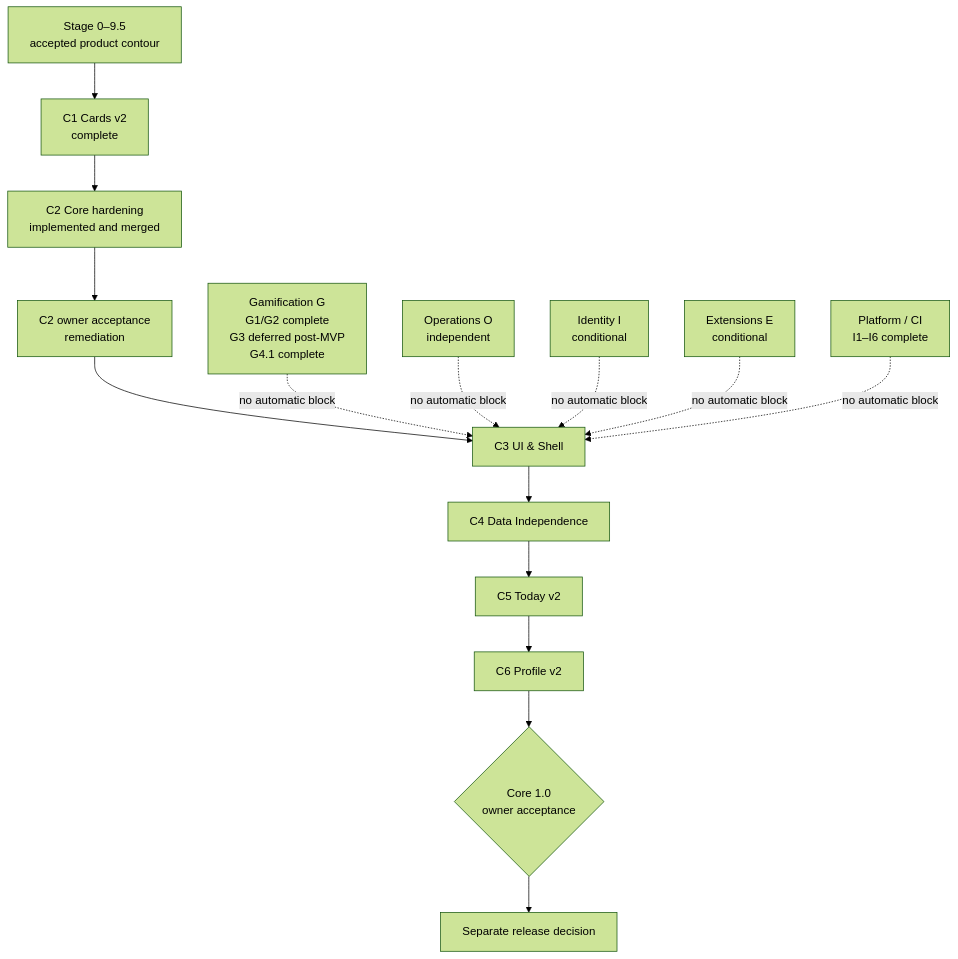
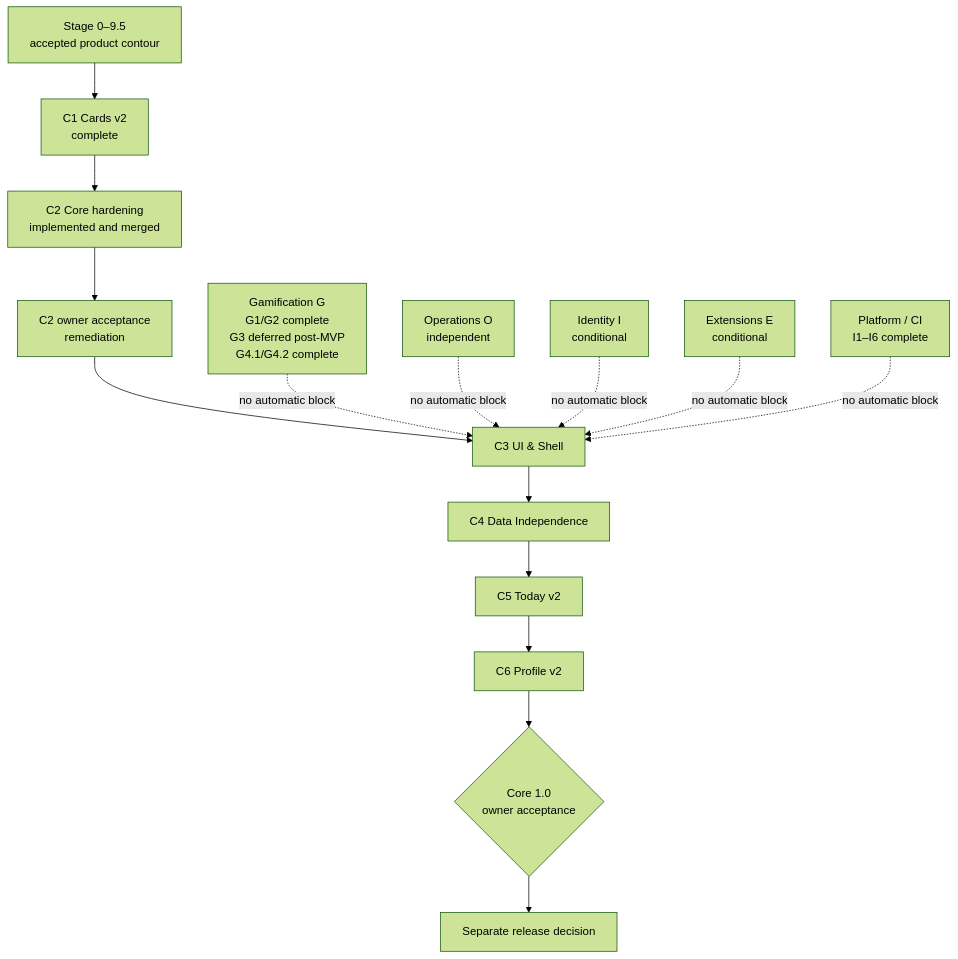
Before and after one commit to AliceLiddell01/anki-study-report: the diagram in roadmap/README.md, drawn with Mermaid (forest theme). The commit also changed other lines of this file, not shown here.

Commit message:
Advance the Gamification roadmap to G4.3 readiness

````diff
--- a/roadmap/README.md
+++ b/roadmap/README.md
@@ -9,24 +9,24 @@
 ```mermaid
 flowchart TB
     S[Stage 0–9.5<br/>accepted product contour] --> C1[C1 Cards v2<br/>complete]
     C1 --> C2[C2 Core hardening<br/>implemented and merged]
     C2 --> A[C2 owner acceptance<br/>remediation]
     A --> C3[C3 UI & Shell]
     C3 --> C4[C4 Data Independence]
     C4 --> C5[C5 Today v2]
     C5 --> C6[C6 Profile v2]
     C6 --> R{Core 1.0<br/>owner acceptance}
     R --> REL[Separate release decision]
 
-    G[Gamification G<br/>G1/G2 complete<br/>G3 deferred post-MVP<br/>G4.1 complete]
+    G[Gamification G<br/>G1/G2 complete<br/>G3 deferred post-MVP<br/>G4.1/G4.2 complete]
     O[Operations O<br/>independent]
     I[Identity I<br/>conditional]
     E[Extensions E<br/>conditional]
     P[Platform / CI<br/>I1–I6 complete]
 
     G -. no automatic block .-> C3
     O -. no automatic block .-> C3
     I -. no automatic block .-> C3
     E -. no automatic block .-> C3
     P -. no automatic block .-> C3
 ```
````
